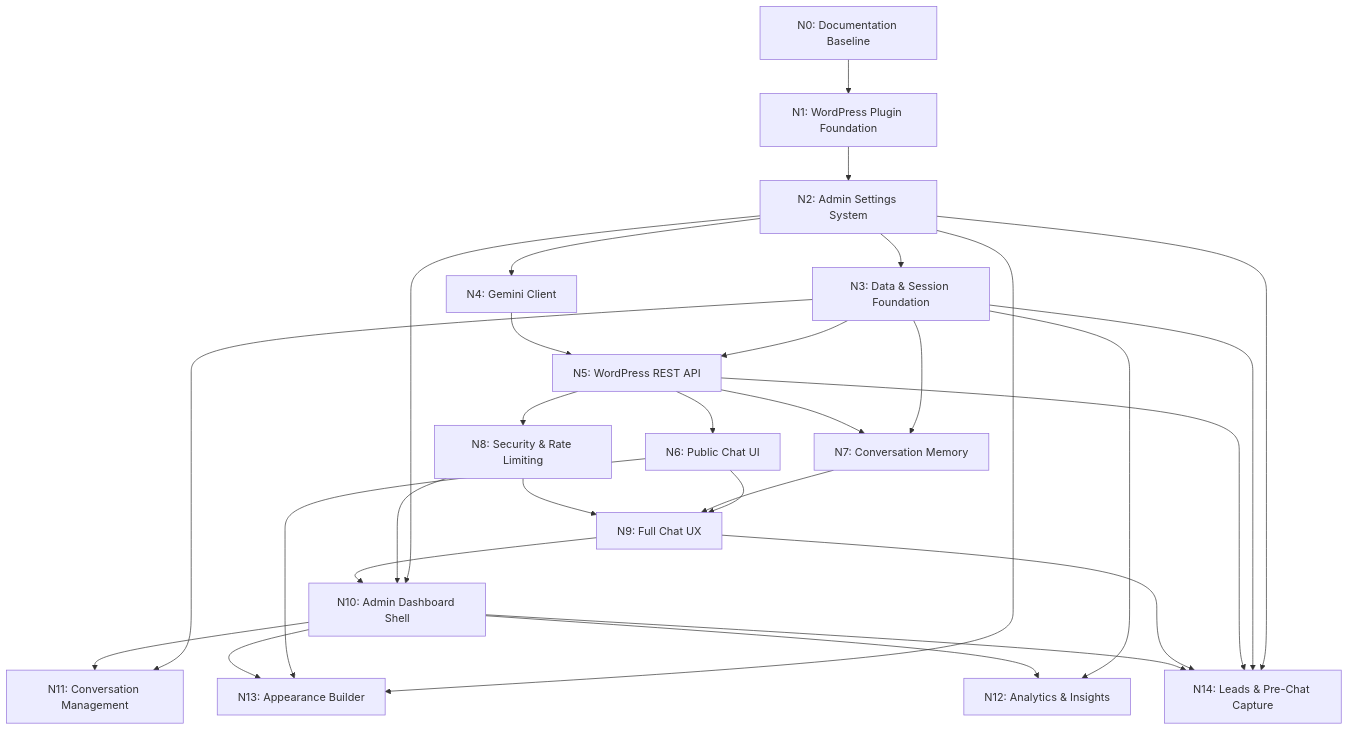
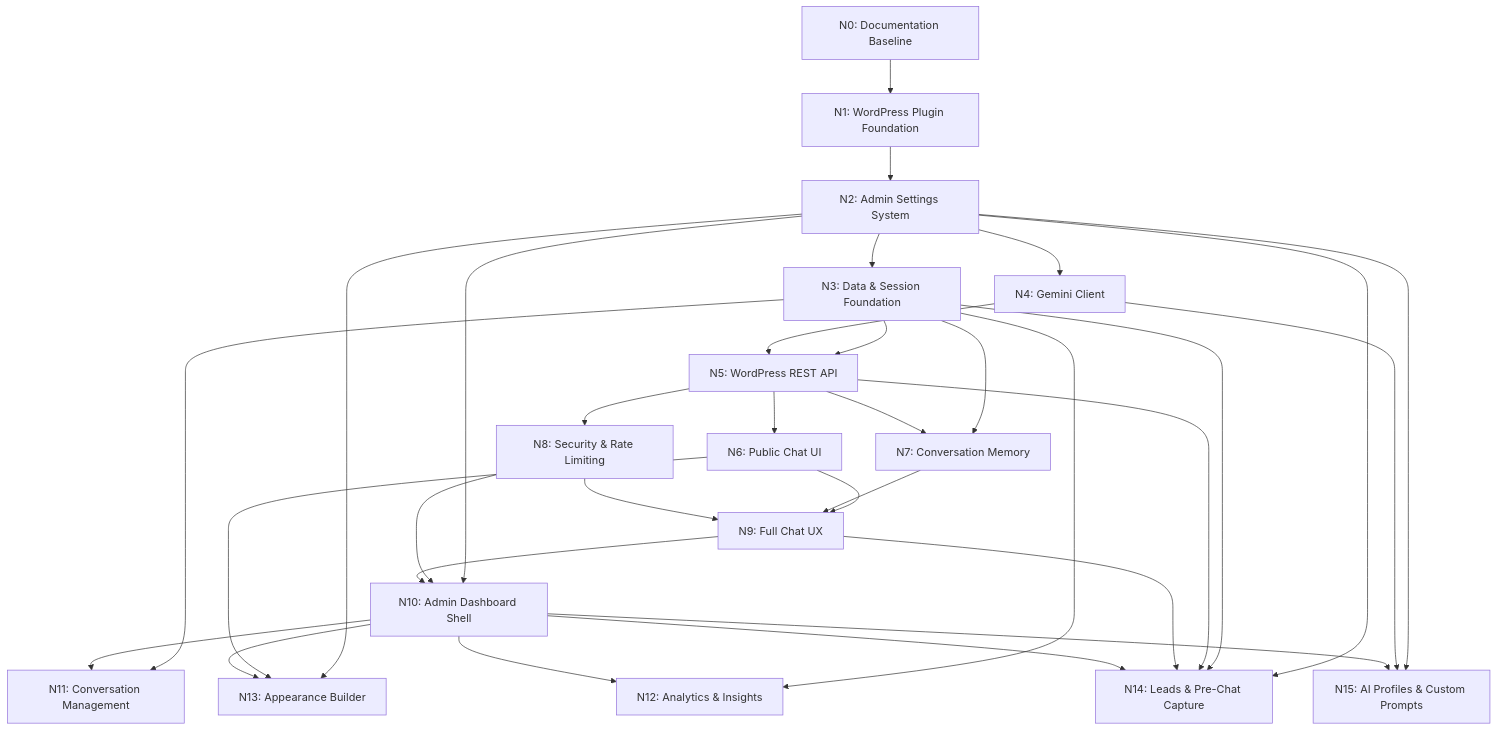
One commit to jattiphrswan/chatbot changed the diagram in ROADMAP.md. Above: the diagram before and after it, drawn with Mermaid. The commit also changed other lines of this file and 20 other files, not shown here.

Commit message:
feat: complete Node N15 AI Profiles and Custom Prompts

````diff
--- a/ROADMAP.md
+++ b/ROADMAP.md
@@ -5,31 +5,34 @@
 ```mermaid
 flowchart TD
     N0[N0: Documentation Baseline] --> N1[N1: WordPress Plugin Foundation]
     N1 --> N2[N2: Admin Settings System]
     N2 --> N3[N3: Data & Session Foundation]
     N2 --> N4[N4: Gemini Client]
     N3 --> N5[N5: WordPress REST API]
     N4 --> N5
     N5 --> N6[N6: Public Chat UI]
     N3 --> N7[N7: Conversation Memory]
     N5 --> N7
     N5 --> N8[N8: Security & Rate Limiting]
     N6 --> N9[N9: Full Chat UX]
     N7 --> N9
     N8 --> N9
     N2 --> N10[N10: Admin Dashboard Shell]
     N8 --> N10
     N9 --> N10
     N3 --> N11[N11: Conversation Management]
     N10 --> N11
     N3 --> N12[N12: Analytics & Insights]
     N10 --> N12
     N2 --> N13[N13: Appearance Builder]
     N6 --> N13
     N10 --> N13
     N2 --> N14[N14: Leads & Pre-Chat Capture]
     N3 --> N14
     N5 --> N14
     N9 --> N14
     N10 --> N14
+    N2 --> N15[N15: AI Profiles & Custom Prompts]
+    N4 --> N15
+    N10 --> N15
 ```
````
